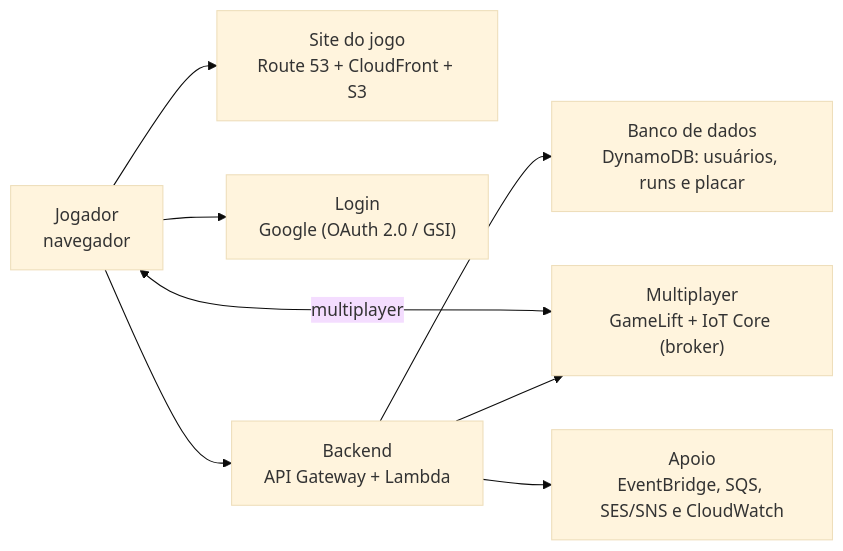
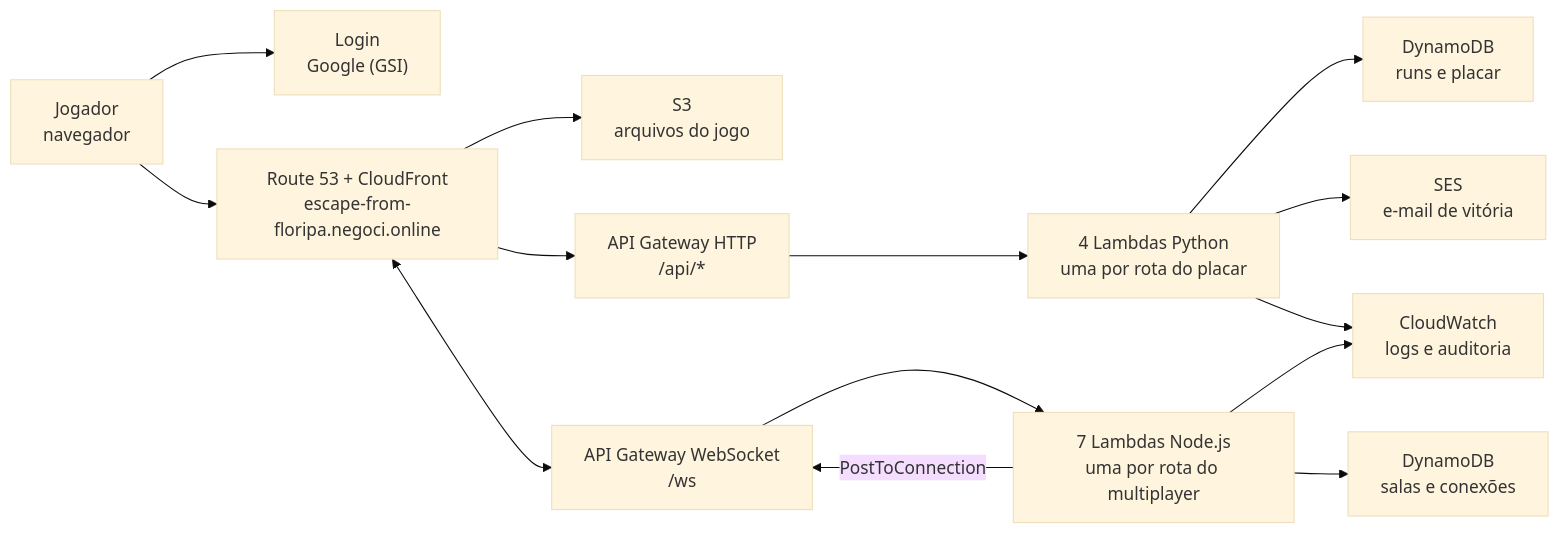
The diagram in docs/diagrama-nuvem.md (tes-victor-lucas/plataforma-c-escape-from-floripa), drawn with Mermaid (base theme) before and after one commit. The commit also changed other lines of this file and 7 other files, not shown here.

````diff
--- a/docs/diagrama-nuvem.md
+++ b/docs/diagrama-nuvem.md
@@ -7,18 +7,29 @@
 ```mermaid
 flowchart LR
     J["Jogador<br/>navegador"]
-    WEB["Site do jogo<br/>Route 53 + CloudFront + S3"]
-    LOGIN["Login<br/>Google (OAuth 2.0 / GSI)"]
-    BACK["Backend<br/>API Gateway + Lambda"]
-    DB["Banco de dados<br/>DynamoDB: usuários, runs e placar"]
-    MULTI["Multiplayer<br/>GameLift + IoT Core (broker)"]
-    SUPPORT["Apoio<br/>EventBridge, SQS, SES/SNS e CloudWatch"]
+    LOGIN["Login<br/>Google (GSI)"]
+    CDN["Route 53 + CloudFront<br/>escape-from-floripa.negoci.online"]
+    S3["S3<br/>arquivos do jogo"]
+    HTTP["API Gateway HTTP<br/>/api/*"]
+    WS["API Gateway WebSocket<br/>/ws"]
+    LP["4 Lambdas Python<br/>uma por rota do placar"]
+    LM["7 Lambdas Node.js<br/>uma por rota do multiplayer"]
+    DBP["DynamoDB<br/>runs e placar"]
+    DBM["DynamoDB<br/>salas e conexões"]
+    SES["SES<br/>e-mail de vitória"]
+    CW["CloudWatch<br/>logs e auditoria"]
 
-    J --> WEB
     J --> LOGIN
-    J --> BACK
-    BACK --> DB
-    J <-->|"multiplayer"| MULTI
-    BACK --> MULTI
-    BACK --> SUPPORT
+    J --> CDN
+    CDN --> S3
+    CDN --> HTTP
+    CDN <--> WS
+    HTTP --> LP
+    WS --> LM
+    LP --> DBP
+    LP --> SES
+    LM --> DBM
+    LM -->|"PostToConnection"| WS
+    LP --> CW
+    LM --> CW
 ```
````
